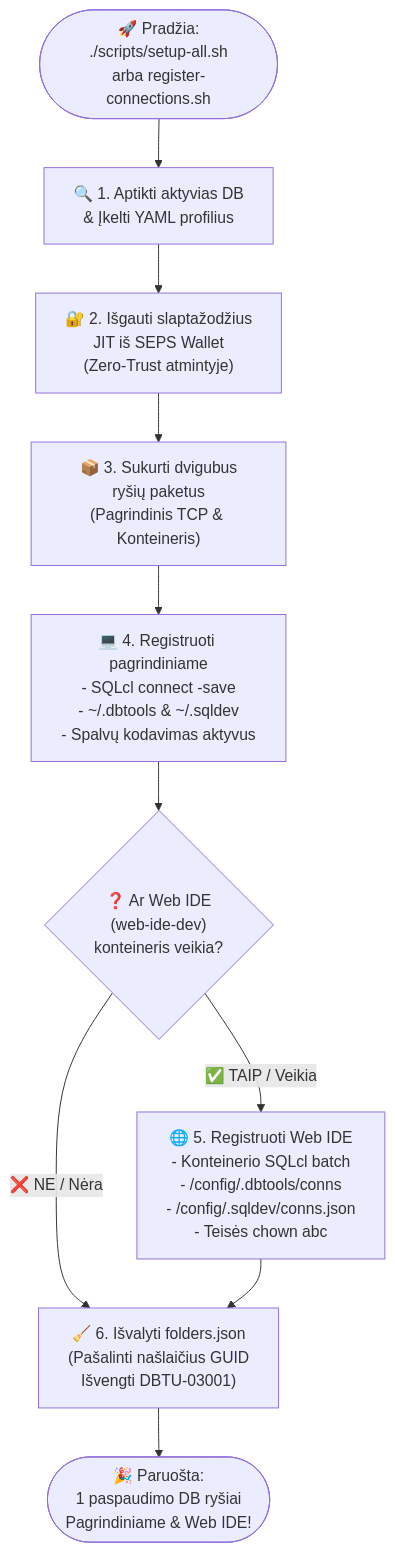
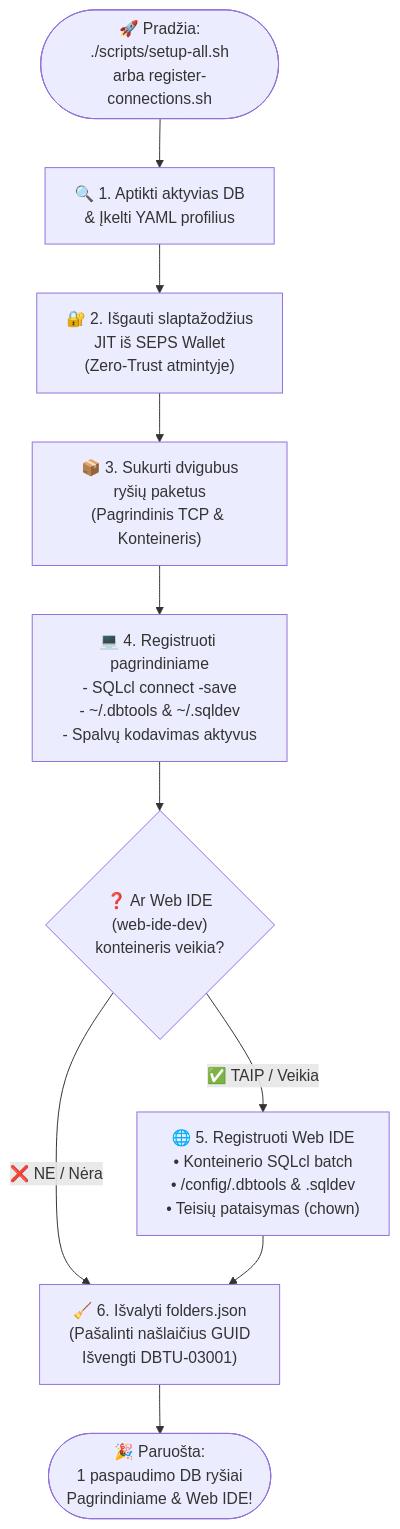
Before and after one commit to alahe/oracle-devops-platform: the diagram in connections/README.lt.md, drawn with Mermaid. The commit also changed 412 other files, not shown here.

````diff
--- a/connections/README.lt.md
+++ b/connections/README.lt.md
@@ -15,20 +15,20 @@
 ```mermaid
 flowchart TD
   START(["🚀 Pradžia:<br/>./scripts/setup-all.sh<br/>arba register-connections.sh"]) --> DISCOVER["🔍 1. Aptikti aktyvias DB<br/>& Įkelti YAML profilius"]
   
   DISCOVER --> WALLET["🔐 2. Išgauti slaptažodžius<br/>JIT iš SEPS Wallet<br/>(Zero-Trust atmintyje)"]
   
   WALLET --> BUILD_CONNS["📦 3. Sukurti dvigubus<br/>ryšių paketus<br/>(Pagrindinis TCP & Konteineris)"]
   
   BUILD_CONNS --> HOST_REG["💻 4. Registruoti pagrindiniame<br/>- SQLcl connect -save<br/>- ~/.dbtools & ~/.sqldev<br/>- Spalvų kodavimas aktyvus"]
   
   HOST_REG --> CHECK_WEBIDE{"❓ Ar Web IDE<br/>(web-ide-dev)<br/>konteineris veikia?"}
   
-  CHECK_WEBIDE -->|"✅ TAIP / Veikia"| WEBIDE_REG["🌐 5. Registruoti Web IDE<br/>- Konteinerio SQLcl batch<br/>- /config/.dbtools/conns<br/>- /config/.sqldev/conns.json<br/>- Teisės chown abc"]
+  CHECK_WEBIDE -->|"✅ TAIP / Veikia"| WEBIDE_REG["🌐 5. Registruoti Web IDE<br/>• Konteinerio SQLcl batch<br/>• /config/.dbtools & .sqldev<br/>• Teisių pataisymas (chown)"]
   
   CHECK_WEBIDE -->|"❌ NE / Nėra"| SANITIZE["🧹 6. Išvalyti folders.json<br/>(Pašalinti našlaičius GUID<br/>Išvengti DBTU-03001)"]
   
   WEBIDE_REG --> SANITIZE
   
   SANITIZE --> READY(["🎉 Paruošta:<br/>1 paspaudimo DB ryšiai<br/>Pagrindiniame & Web IDE!"])
 ```
````
